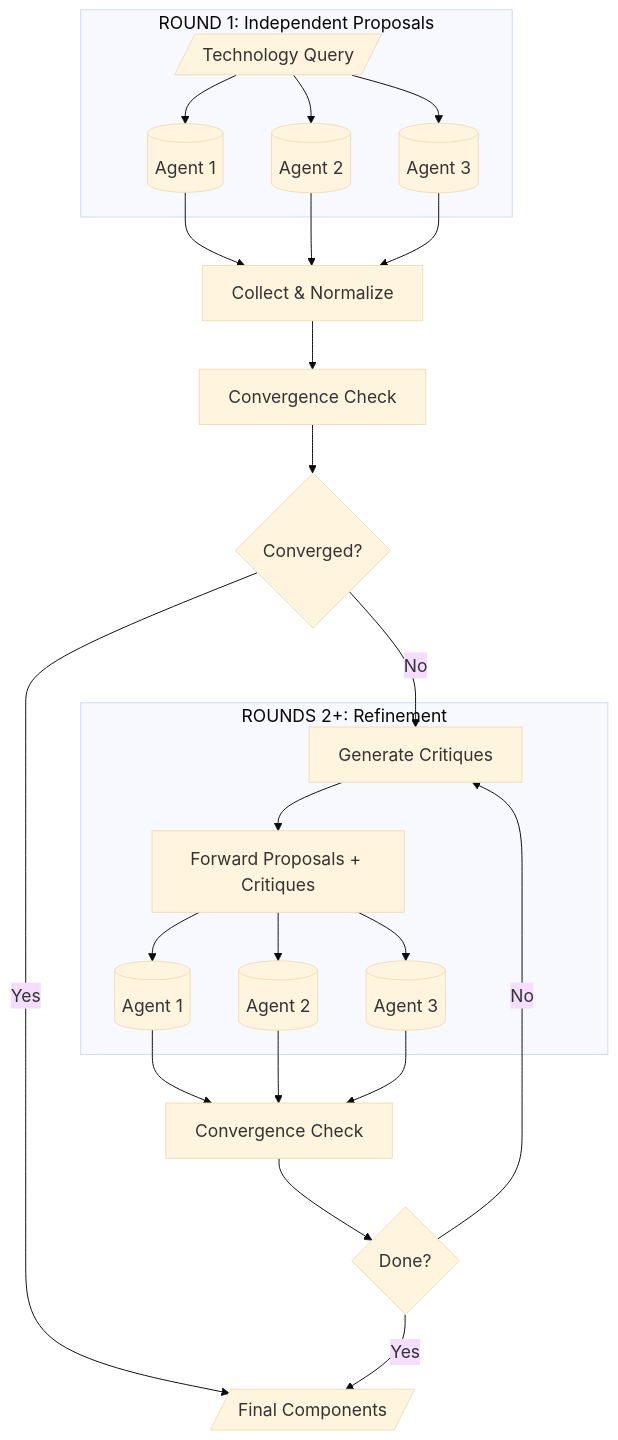
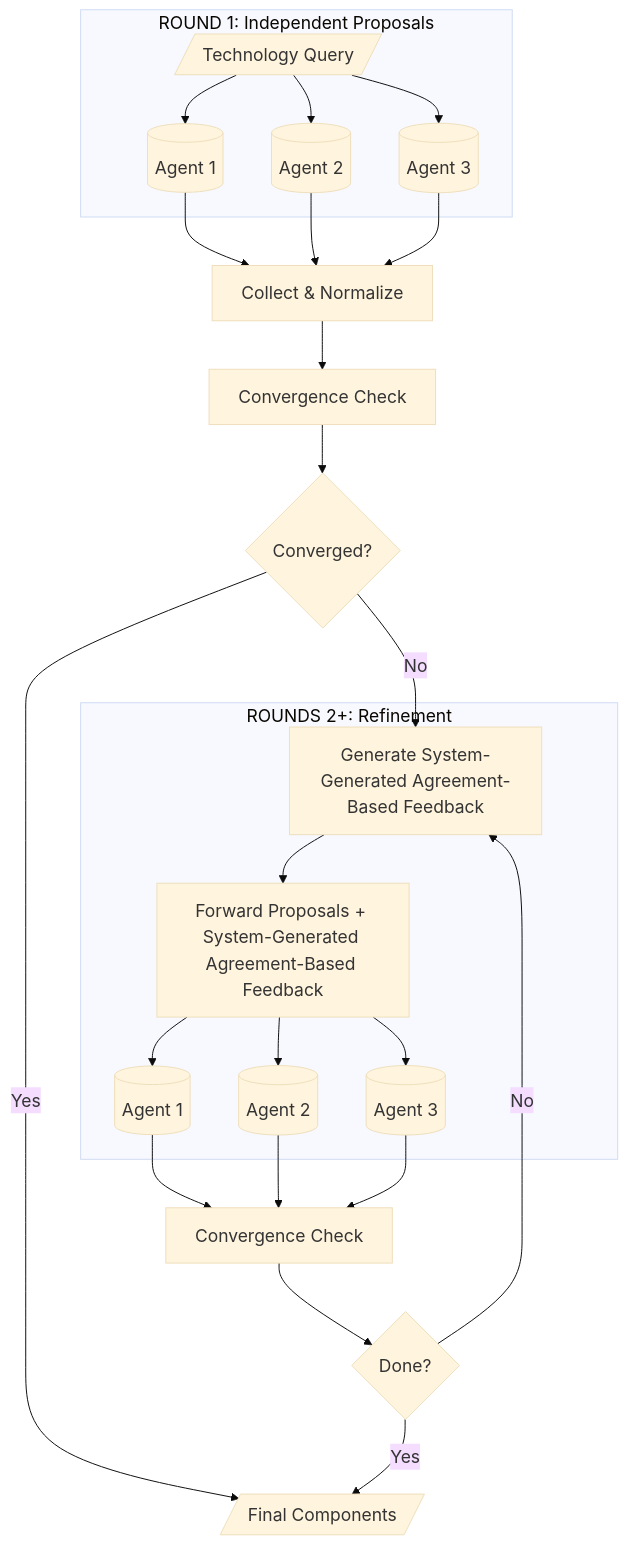
Before and after one commit to dads2busy/dpi_stdn_agentic: the diagram in docs/DEBATE_SYSTEM.md, drawn with Mermaid. The commit also changed other lines of this file and 26 other files, not shown here.

````diff
--- a/docs/DEBATE_SYSTEM.md
+++ b/docs/DEBATE_SYSTEM.md
@@ -458,36 +483,36 @@
 ```mermaid
 %%{init: {'theme': 'base', 'themeVariables': {'fontSize': '18px'}}}%%
 flowchart TB
     subgraph Round1["ROUND 1: Independent Proposals"]
         Tech[/"Technology Query"/]
         A1[("Agent 1")]
         A2[("Agent 2")]
         A3[("Agent 3")]
         Tech --> A1
         Tech --> A2
         Tech --> A3
     end
     
     A1 --> Collect["Collect & Normalize"]
     A2 --> Collect
     A3 --> Collect
     Collect --> Calc["Convergence Check"]
     
     Calc --> Check{"Converged?"}
     Check -->|"Yes"| Output[/"Final Components"/]
-    Check -->|"No"| Critique["Generate Critiques"]
+    Check -->|"No"| Feedback["Generate System-Generated Agreement-Based Feedback"]
     
     subgraph Loop["ROUNDS 2+: Refinement"]
-        Critique --> Forward["Forward Proposals + Critiques"]
+        Feedback --> Forward["Forward Proposals + System-Generated Agreement-Based Feedback"]
         Forward --> R1[("Agent 1")]
         Forward --> R2[("Agent 2")]
         Forward --> R3[("Agent 3")]
     end
     
     R1 --> Calc2["Convergence Check"]
     R2 --> Calc2
     R3 --> Calc2
     Calc2 --> Check2{"Done?"}
-    Check2 -->|"No"| Critique
+    Check2 -->|"No"| Feedback
     Check2 -->|"Yes"| Output
 ```
````
